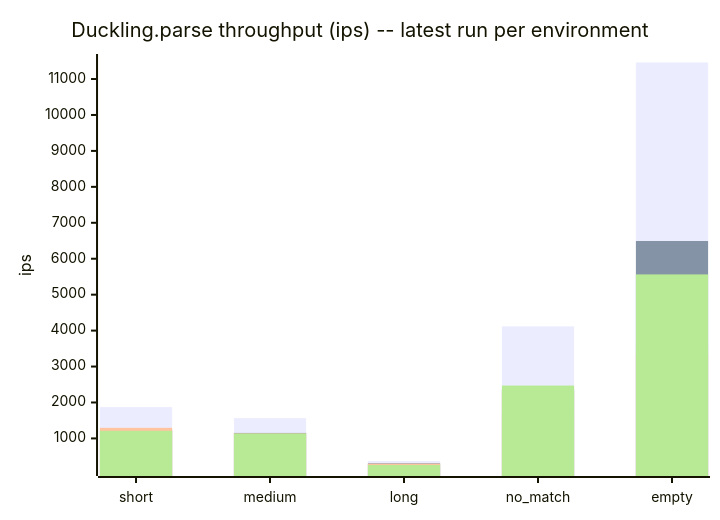
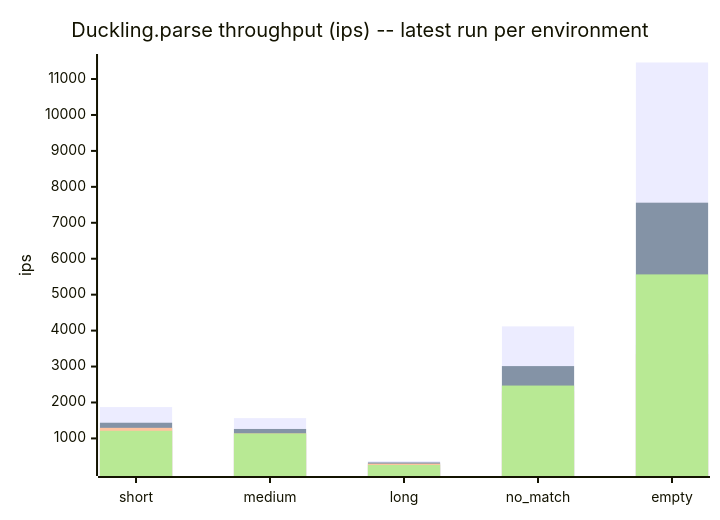
The sixth of 7 diagrams in docs/benchmarks/README.md (cpb/duckling), drawn with Mermaid before and after one commit. The commit also changed other lines of this file and 1 other file, not shown here.

First line of the commit message:
bench: record claude-code-web data point for 0.3.0-rc2

````diff
--- a/docs/benchmarks/README.md
+++ b/docs/benchmarks/README.md
@@ -211,11 +211,11 @@
 ```mermaid
 xychart-beta
     title "Duckling.parse throughput (ips) -- latest run per environment"
     x-axis [short, medium, long, no_match, empty]
     y-axis "ips"
     bar "github-actions" [1871.6, 1564.7, 368.4, 4117.3, 11459.9]
-    bar "claude-code-web" [1228.1, 1152.8, 308.1, 2368.1, 6493.4]
+    bar "claude-code-web" [1436.5, 1263.2, 332.2, 3012.4, 7559.1]
     bar "local-3.3" [1294.7, 1136.9, 298.4, 2307.3, 3347.9]
     bar "local-3.4" [793.1, 773.6, 190.9, 1677.7, 3595.0]
     bar "local-4.0" [1211.9, 1136.8, 261.7, 2470.9, 5564.1]
 ```
````
